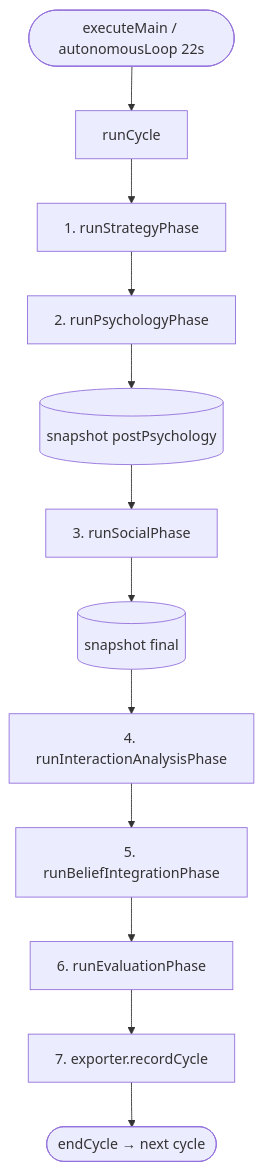
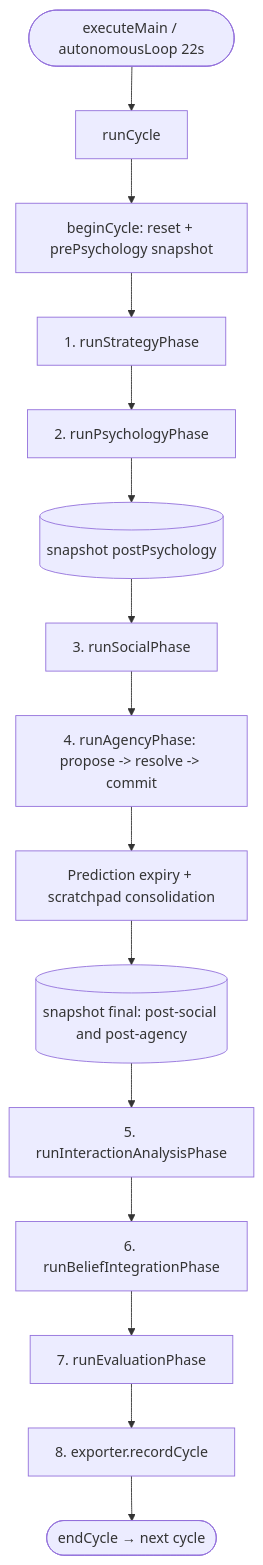
The first of 7 diagrams in Documentation/dataflow_full.md (soyuz43/I-have-no-mouth-and-my-tokens-must-scream), drawn with Mermaid before and after one commit. The commit also changed other lines of this file and 10 other files, not shown here.

````diff
--- a/Documentation/dataflow_full.md
+++ b/Documentation/dataflow_full.md
@@ -7,14 +7,17 @@
 ```mermaid
 flowchart TD
     START([executeMain / autonomousLoop 22s]) --> CYCLE[runCycle]
-    CYCLE --> STRAT[1. runStrategyPhase]
+    CYCLE --> BEGIN[beginCycle: reset + prePsychology snapshot]
+    BEGIN --> STRAT[1. runStrategyPhase]
     STRAT --> PSY[2. runPsychologyPhase]
     PSY --> SNAP1[(snapshot postPsychology)]
     SNAP1 --> SOC[3. runSocialPhase]
-    SOC --> SNAP2[(snapshot final)]
-    SNAP2 --> IA[4. runInteractionAnalysisPhase]
-    IA --> BI[5. runBeliefIntegrationPhase]
-    BI --> EVAL[6. runEvaluationPhase]
-    EVAL --> EXP[7. exporter.recordCycle]
+    SOC --> AGENCY[4. runAgencyPhase: propose -> resolve -> commit]
+    AGENCY --> MAINT[Prediction expiry + scratchpad consolidation]
+    MAINT --> SNAP2[(snapshot final: post-social and post-agency)]
+    SNAP2 --> IA[5. runInteractionAnalysisPhase]
+    IA --> BI[6. runBeliefIntegrationPhase]
+    BI --> EVAL[7. runEvaluationPhase]
+    EVAL --> EXP[8. exporter.recordCycle]
     EXP --> END([endCycle → next cycle])
 ```
````
